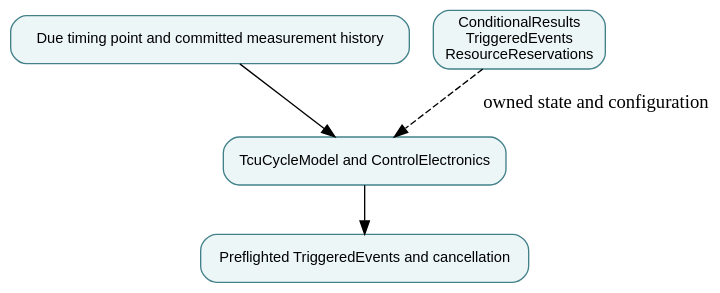
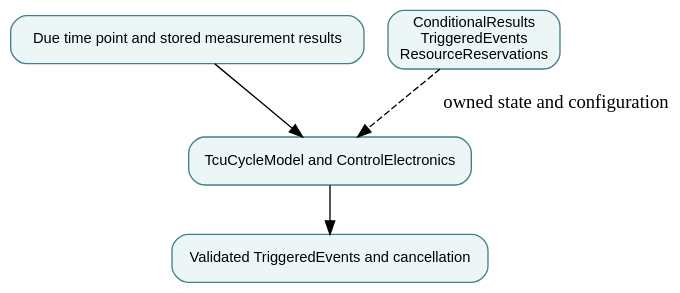
Before and after one commit to qsbit-org/qsbit-sim: the diagram in docs/modules/conditional-execution.md, drawn with Graphviz. The commit also changed other lines of this file and 44 other files, not shown here.

````diff
--- a/docs/modules/conditional-execution.md
+++ b/docs/modules/conditional-execution.md
@@ -14,11 +14,11 @@
 ```{graphviz}
 digraph module {
   rankdir=TB; bgcolor="transparent";
   node [shape=box, style="rounded,filled", fillcolor="#edf6f7", color="#43818a", fontname="sans-serif", fontsize=11];
-  input [label="Due timing point and committed measurement history"];
+  input [label="Due time point and stored measurement results"];
   owner [label="TcuCycleModel and ControlElectronics"];
   state [label="ConditionalResults\nTriggeredEvents\nResourceReservations"];
-  output [label="Preflighted TriggeredEvents and cancellation"];
+  output [label="Validated TriggeredEvents and cancellation"];
   input -> owner; owner -> output; state -> owner [style=dashed, label="owned state and configuration"];
 }
 ```
````
